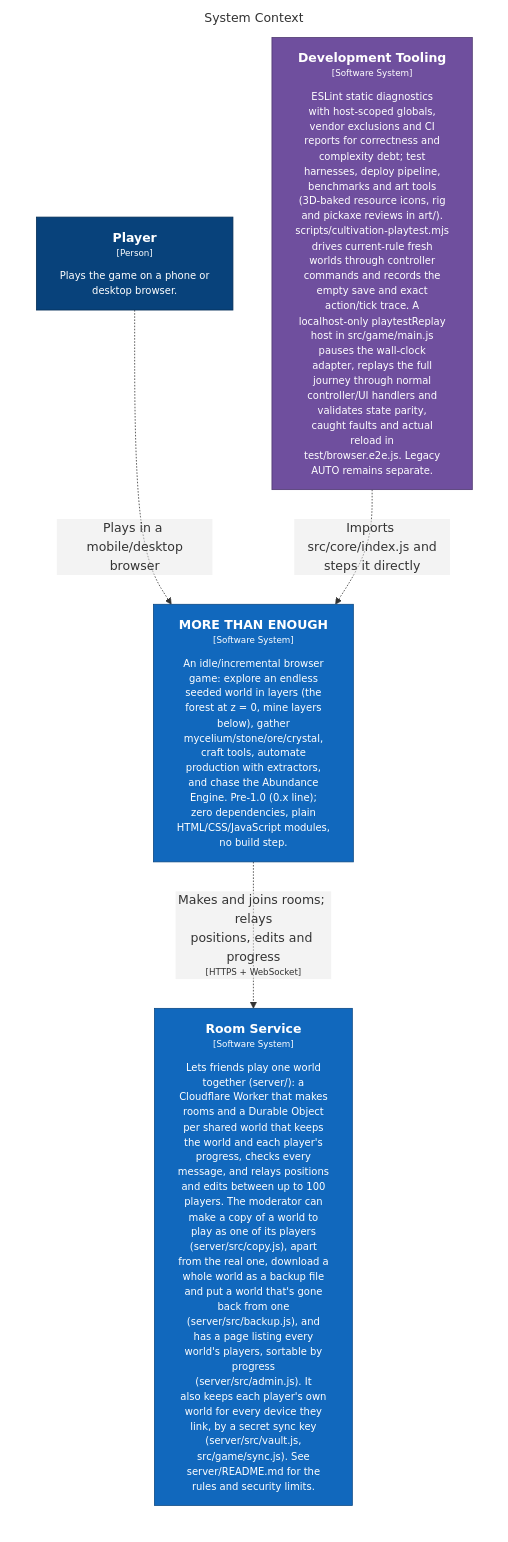
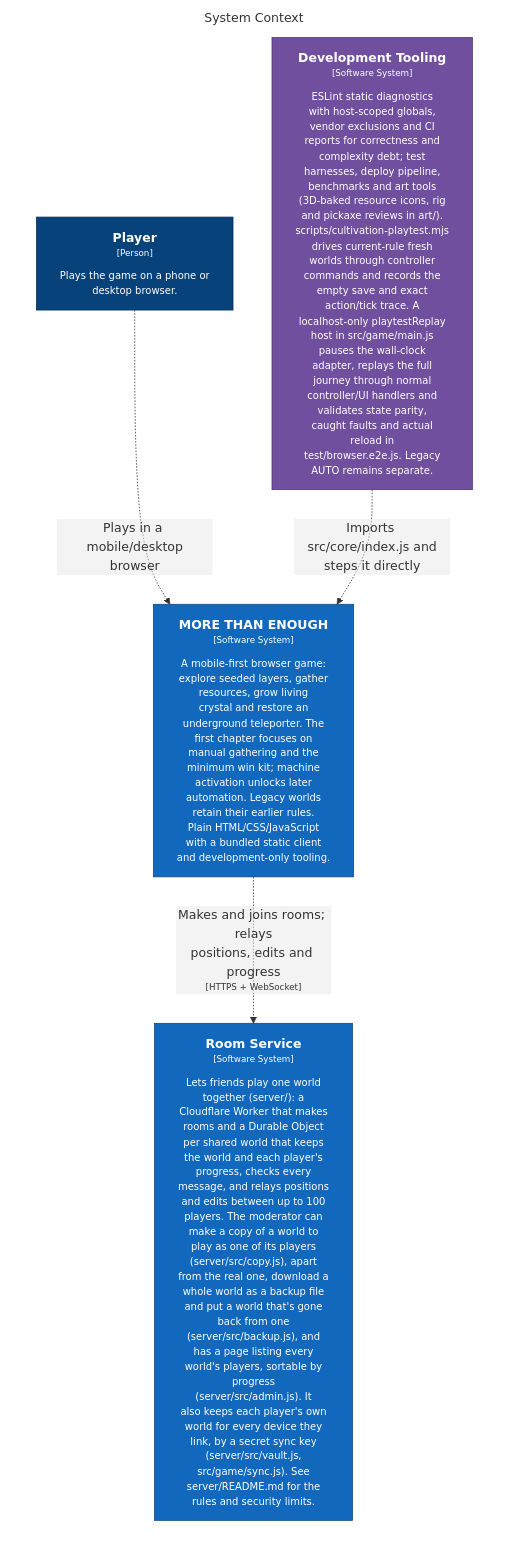
The diagram in structurizr/diagrams/SystemContext.mmd (bitkojine/more-than-enough), drawn with Mermaid before and after one commit. The commit also changed 50 other files, not shown here.

Commit message:
Release 0.181.0: focus the win route and unlock optional systems after activation

```diff
--- a/structurizr/diagrams/SystemContext.mmd
+++ b/structurizr/diagrams/SystemContext.mmd
@@ -1,21 +1,21 @@
 %% Generated from structurizr/workspace.dsl — do not edit; run: node structurizr/scripts/structurizr.mjs mermaid
 graph LR
   linkStyle default fill:#ffffff
 
   subgraph diagram ["System Context"]
     style diagram fill:#ffffff,stroke:#ffffff
 
     1["<div style='font-weight: bold'>Player</div><div style='font-size: 70%; margin-top: 0px'>[Person]</div><div style='font-size: 80%; margin-top:10px'>Plays the game on a phone or<br />desktop browser.</div>"]
     style 1 fill:#08427b,stroke:#052e56,color:#ffffff
-    3["<div style='font-weight: bold'>MORE THAN ENOUGH</div><div style='font-size: 70%; margin-top: 0px'>[Software System]</div><div style='font-size: 80%; margin-top:10px'>An idle/incremental browser<br />game: explore an endless<br />seeded world in layers (the<br />forest at z = 0, mine layers<br />below), gather<br />mycelium/stone/ore/crystal,<br />craft tools, automate<br />production with extractors,<br />and chase the Abundance<br />Engine. Pre-1.0 (0.x line);<br />zero dependencies, plain<br />HTML/CSS/JavaScript modules,<br />no build step.</div>"]
+    3["<div style='font-weight: bold'>MORE THAN ENOUGH</div><div style='font-size: 70%; margin-top: 0px'>[Software System]</div><div style='font-size: 80%; margin-top:10px'>A mobile-first browser game:<br />explore seeded layers, gather<br />resources, grow living<br />crystal and restore an<br />underground teleporter. The<br />first chapter focuses on<br />manual gathering and the<br />minimum win kit; machine<br />activation unlocks later<br />automation. Legacy worlds<br />retain their earlier rules.<br />Plain HTML/CSS/JavaScript<br />with a bundled static client<br />and development-only tooling.</div>"]
     style 3 fill:#1168bd,stroke:#0b4884,color:#ffffff
     34["<div style='font-weight: bold'>Room Service</div><div style='font-size: 70%; margin-top: 0px'>[Software System]</div><div style='font-size: 80%; margin-top:10px'>Lets friends play one world<br />together (server/): a<br />Cloudflare Worker that makes<br />rooms and a Durable Object<br />per shared world that keeps<br />the world and each player's<br />progress, checks every<br />message, and relays positions<br />and edits between up to 100<br />players. The moderator can<br />make a copy of a world to<br />play as one of its players<br />(server/src/copy.js), apart<br />from the real one, download a<br />whole world as a backup file<br />and put a world that's gone<br />back from one<br />(server/src/backup.js), and<br />has a page listing every<br />world's players, sortable by<br />progress<br />(server/src/admin.js). It<br />also keeps each player's own<br />world for every device they<br />link, by a secret sync key<br />(server/src/vault.js,<br />src/game/sync.js). See<br />server/README.md for the<br />rules and security limits.</div>"]
     style 34 fill:#1168bd,stroke:#0b4884,color:#ffffff
     35["<div style='font-weight: bold'>Development Tooling</div><div style='font-size: 70%; margin-top: 0px'>[Software System]</div><div style='font-size: 80%; margin-top:10px'>ESLint static diagnostics<br />with host-scoped globals,<br />vendor exclusions and CI<br />reports for correctness and<br />complexity debt; test<br />harnesses, deploy pipeline,<br />benchmarks and art tools<br />(3D-baked resource icons, rig<br />and pickaxe reviews in art/).<br />scripts/cultivation-playtest.mjs<br />drives current-rule fresh<br />worlds through controller<br />commands and records the<br />empty save and exact<br />action/tick trace. A<br />localhost-only playtestReplay<br />host in src/game/main.js<br />pauses the wall-clock<br />adapter, replays the full<br />journey through normal<br />controller/UI handlers and<br />validates state parity,<br />caught faults and actual<br />reload in<br />test/browser.e2e.js. Legacy<br />AUTO remains separate.</div>"]
     style 35 fill:#6f4f9e,stroke:#4d376e,color:#ffffff
 
     1-. "<div>Plays in a mobile/desktop<br />browser</div><div style='font-size: 70%'></div>" .->3
     3-. "<div>Makes and joins rooms; relays<br />positions, edits and progress</div><div style='font-size: 70%'>[HTTPS + WebSocket]</div>" .->34
     35-. "<div>Imports src/core/index.js and<br />steps it directly</div><div style='font-size: 70%'></div>" .->3
 
   end
```
